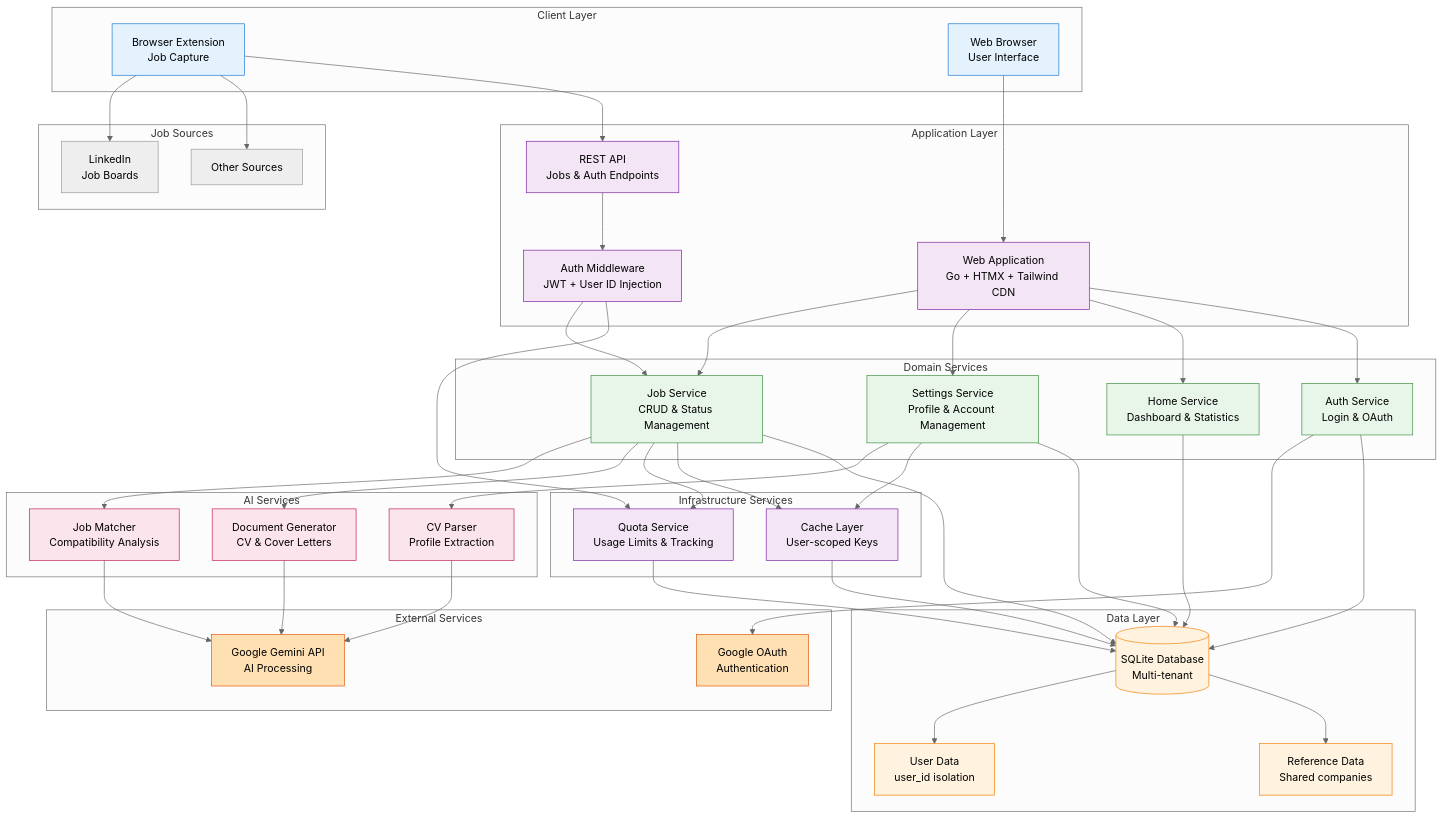
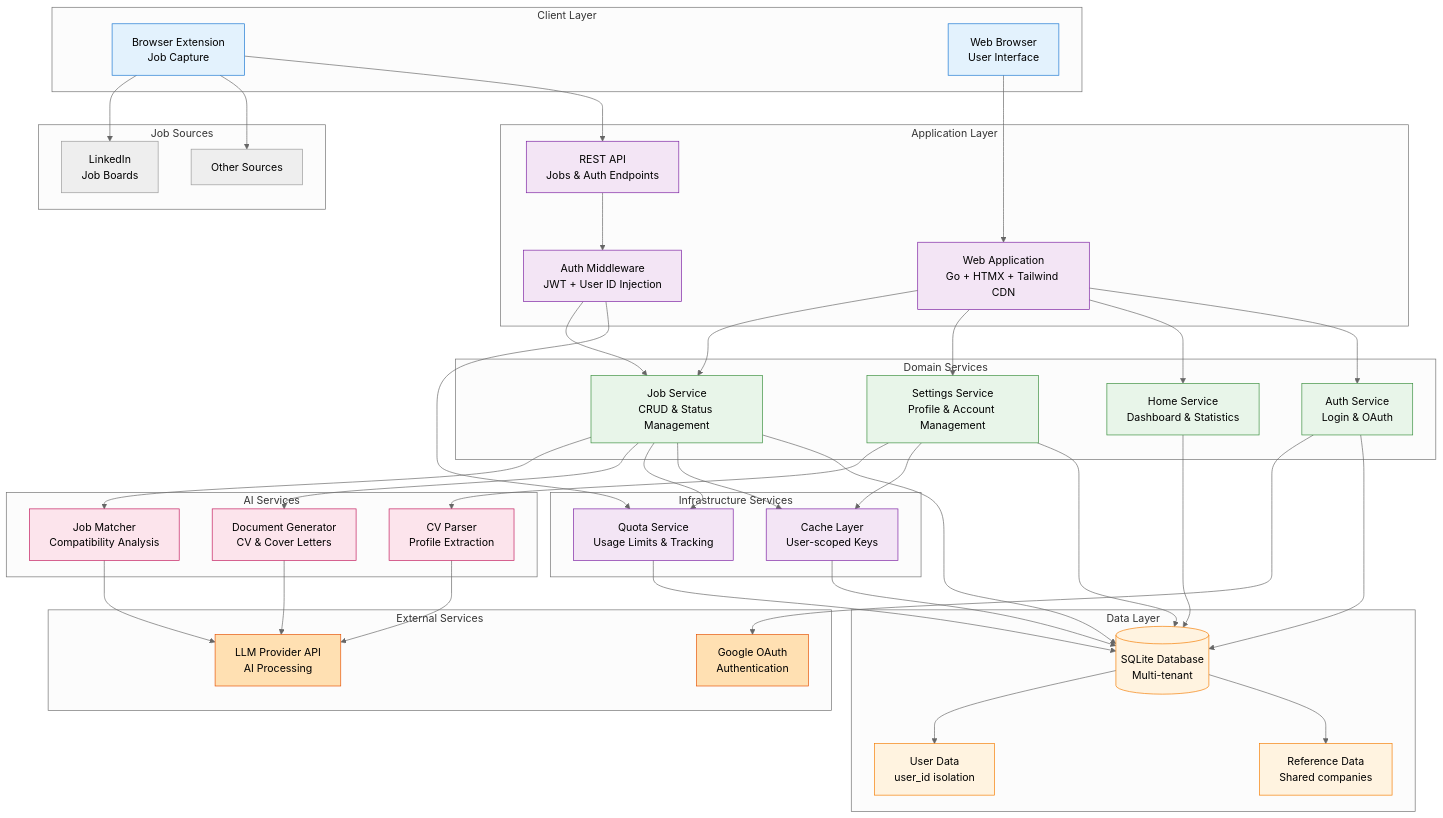
The diagram in docs/ARCHITECTURE.md (benidevo/vega-ai), drawn with Mermaid (neutral theme) before and after one commit. The commit also changed other lines of this file and 44 other files, not shown here.

Commit message:
feat: replace Gemini SDK with OpenAI-compatible provider (#81)

````diff
--- a/docs/ARCHITECTURE.md
+++ b/docs/ARCHITECTURE.md
@@ -48,7 +48,7 @@
 
     subgraph "External Services"
         OAUTH[Google OAuth<br/>Authentication]
-        GEMINI[Google Gemini API<br/>AI Processing]
+        LLMAPI[LLM Provider API<br/>AI Processing]
     end
 
     %% Client connections
@@ -78,9 +78,9 @@
     SETTINGS --> AIPARSE
 
     %% AI to External
-    AIMATCH --> GEMINI
-    AIGEN --> GEMINI
-    AIPARSE --> GEMINI
+    AIMATCH --> LLMAPI
+    AIGEN --> LLMAPI
+    AIPARSE --> LLMAPI
 
     %% Infrastructure
     JOB --> QUOTA
@@ -111,5 +111,5 @@
     class AIMATCH,AIGEN,AIPARSE ai
     class QUOTA,CACHE infra
     class DB,USR,REF data
-    class OAUTH,GEMINI external
+    class OAUTH,LLMAPI external
 ```
````
